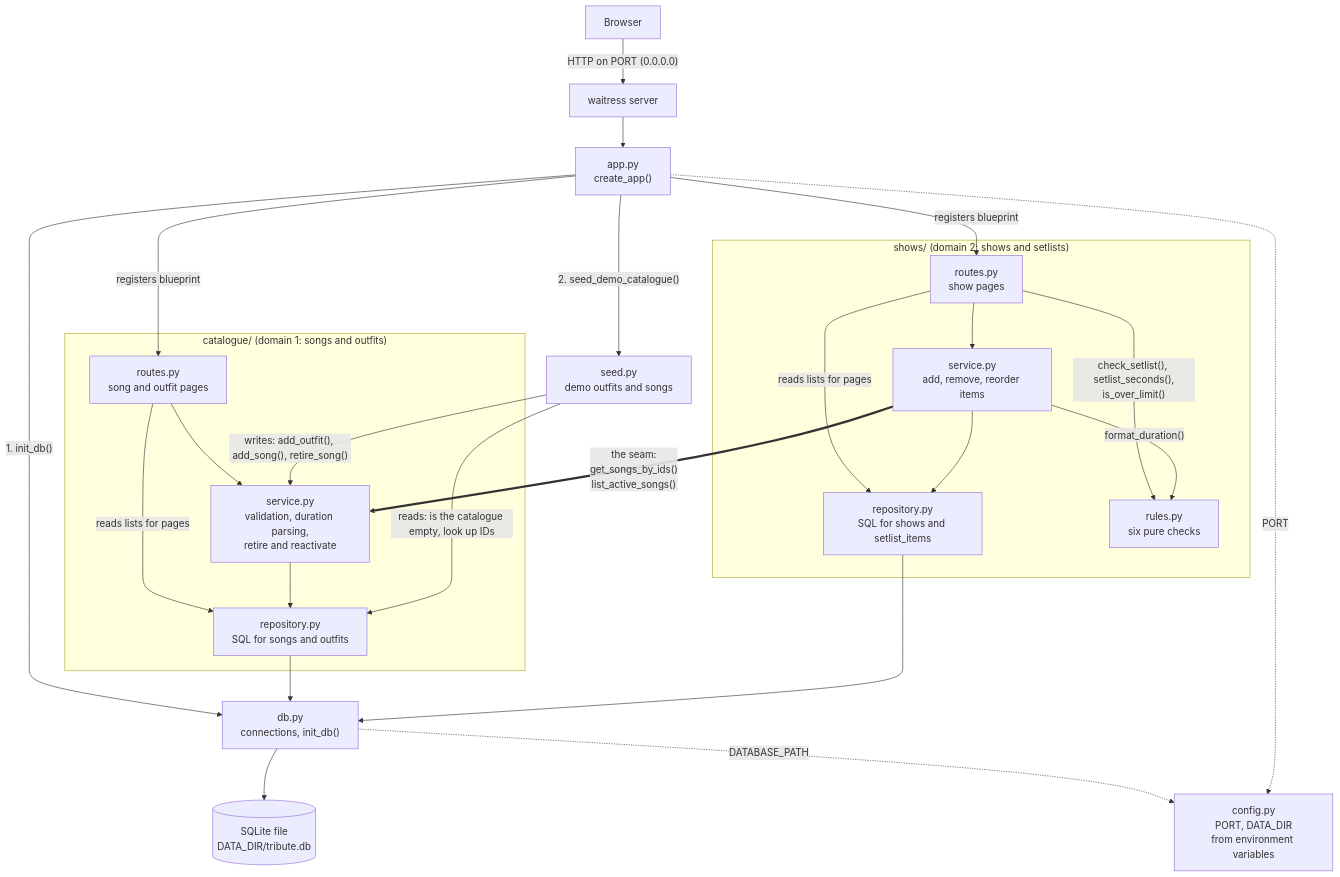
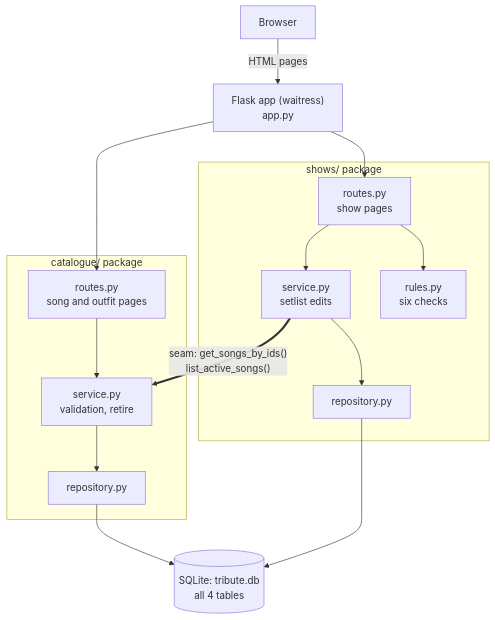
The first of 5 diagrams in docs/diagrams.md (f3renp/tribute-show-planner), drawn with Mermaid before and after one commit. The commit also changed other lines of this file and 1 other file, not shown here.

Commit message:
Redraw the diagrams for the deployed system: before and after architecture, deployment and one database diagram per service

````diff
--- a/docs/diagrams.md
+++ b/docs/diagrams.md
@@ -13,33 +14,21 @@
 ```mermaid
 flowchart TD
-    browser["Browser"] -->|"HTTP on PORT (0.0.0.0)"| waitress["waitress server"]
-    waitress --> app["app.py<br/>create_app()"]
-    app -->|"1. init_db()"| db
-    app -->|"2. seed_demo_catalogue()"| seed["seed.py<br/>demo outfits and songs"]
-    app -->|"registers blueprint"| croutes
-    app -->|"registers blueprint"| sroutes
+    browser["Browser"] -->|"HTML pages"| app["Flask app (waitress)<br/>app.py"]
 
-    subgraph catalogue["catalogue/ (domain 1: songs and outfits)"]
-        croutes["routes.py<br/>song and outfit pages"] --> cservice["service.py<br/>validation, duration parsing,<br/>retire and reactivate"]
-        croutes -->|"reads lists for pages"| crepo["repository.py<br/>SQL for songs and outfits"]
-        cservice --> crepo
+    subgraph catalogue["catalogue/ package"]
+        croutes["routes.py<br/>song and outfit pages"] --> cservice["service.py<br/>validation, retire"]
+        cservice --> crepo["repository.py"]
     end
 
-    subgraph shows["shows/ (domain 2: shows and setlists)"]
-        sroutes["routes.py<br/>show pages"] --> sservice["service.py<br/>add, remove, reorder items"]
-        sroutes -->|"reads lists for pages"| srepo["repository.py<br/>SQL for shows and setlist_items"]
-        sroutes -->|"check_setlist(), setlist_seconds(),<br/>is_over_limit()"| rules["rules.py<br/>six pure checks"]
-        sservice --> srepo
-        sservice -->|"format_duration()"| rules
+    subgraph shows["shows/ package"]
+        sroutes["routes.py<br/>show pages"] --> sservice["service.py<br/>setlist edits"]
+        sroutes --> rules["rules.py<br/>six checks"]
+        sservice --> srepo["repository.py"]
     end
 
-    sservice ==>|"the seam:<br/>get_songs_by_ids()<br/>list_active_songs()"| cservice
-    seed -->|"writes: add_outfit(), add_song(), retire_song()"| cservice
-    seed -->|"reads: is the catalogue empty, look up IDs"| crepo
-
-    crepo --> db["db.py<br/>connections, init_db()"]
-    srepo --> db
-    db --> sqlite[("SQLite file<br/>DATA_DIR/tribute.db")]
-    db -.->|"DATABASE_PATH"| config["config.py<br/>PORT, DATA_DIR<br/>from environment variables"]
-    app -.->|"PORT"| config
+    app --> croutes
+    app --> sroutes
+    sservice ==>|"seam: get_songs_by_ids()<br/>list_active_songs()"| cservice
+    crepo --> sqlite[("SQLite: tribute.db<br/>all 4 tables")]
+    srepo --> sqlite
 ```
````
